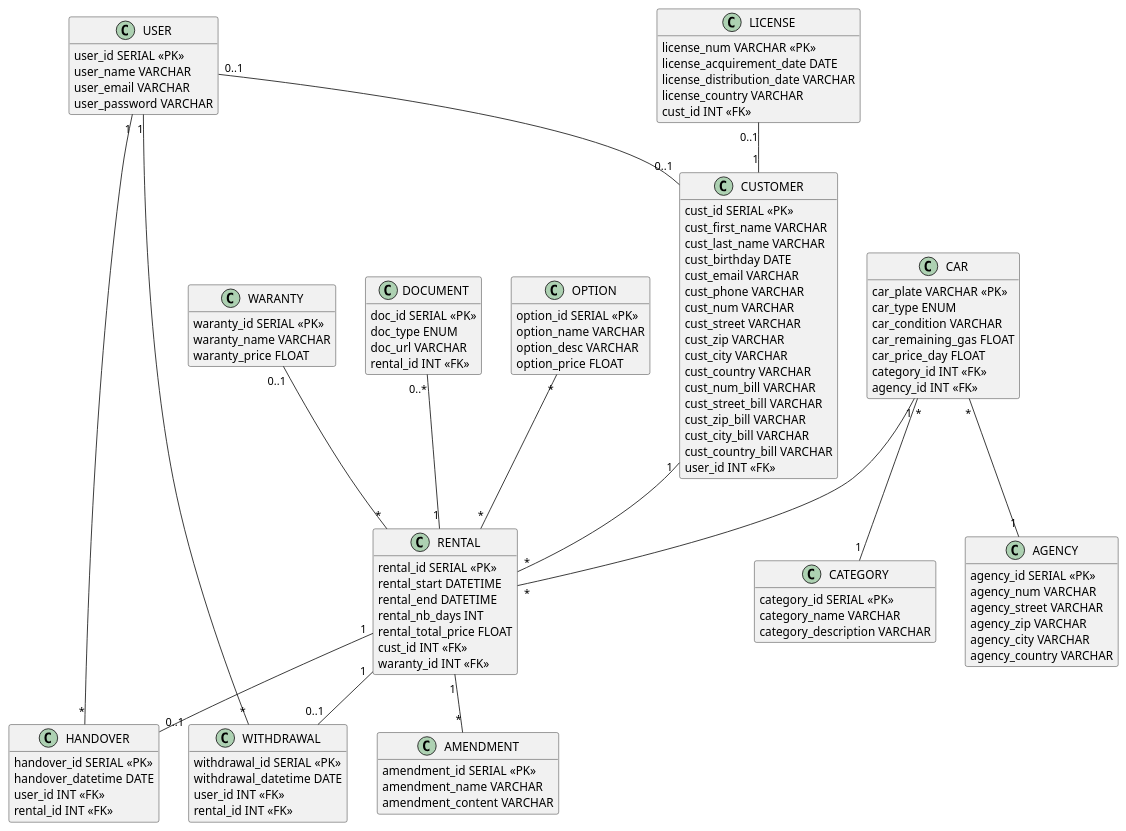
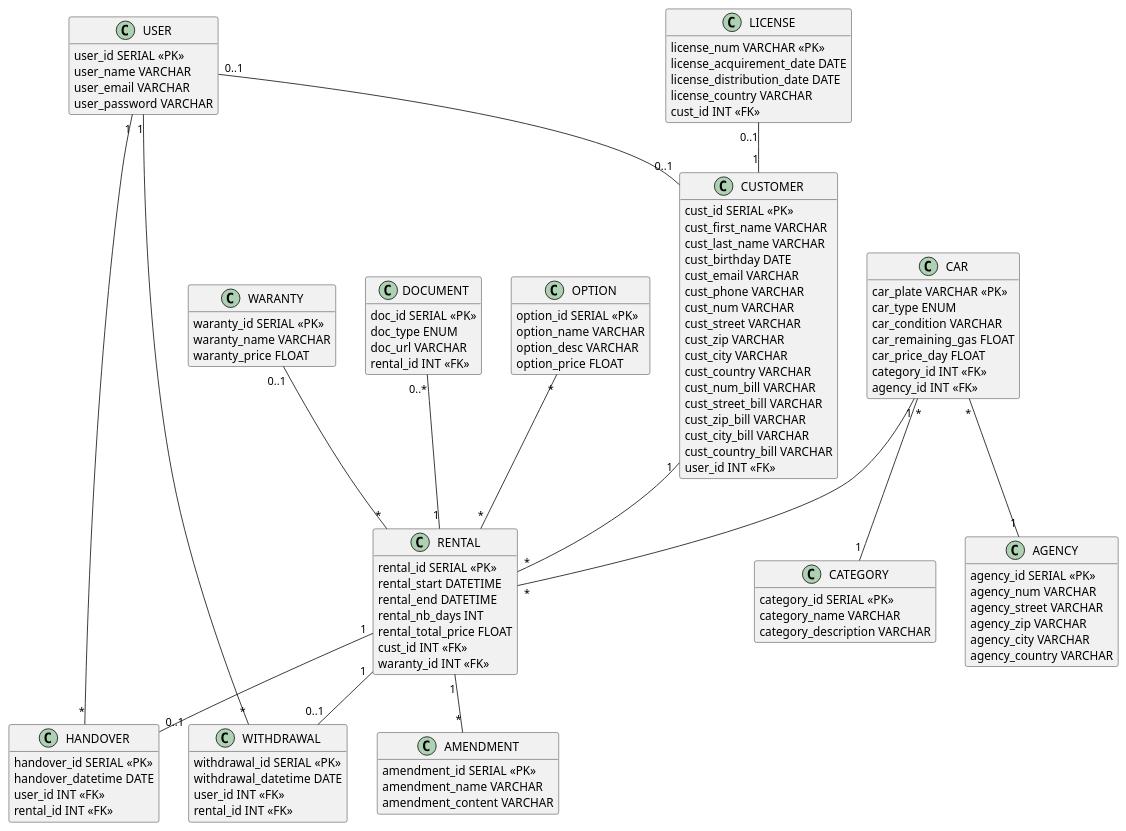
The diagram in diagram.puml (axelriv62/roulmapoul-api), drawn with PlantUML before and after one commit.

Commit message:
fix: VARCHAR changé en DATE pour la date de distribution du permis

```diff
--- a/diagram.puml
+++ b/diagram.puml
@@ -1,129 +1,129 @@
 @startuml
 hide empty members
 
 class USER {
     user_id SERIAL <<PK>>
     user_name VARCHAR
     user_email VARCHAR
     user_password VARCHAR
 }
 
 class CUSTOMER {
     cust_id SERIAL <<PK>>
     cust_first_name VARCHAR
     cust_last_name VARCHAR
     cust_birthday DATE
     cust_email VARCHAR
     cust_phone VARCHAR
     cust_num VARCHAR
     cust_street VARCHAR
     cust_zip VARCHAR
     cust_city VARCHAR
     cust_country VARCHAR
     cust_num_bill VARCHAR
     cust_street_bill VARCHAR
     cust_zip_bill VARCHAR
     cust_city_bill VARCHAR
     cust_country_bill VARCHAR
     user_id INT <<FK>>
 }
 
 class RENTAL {
     rental_id SERIAL <<PK>>
     rental_start DATETIME
     rental_end DATETIME
     rental_nb_days INT
     rental_total_price FLOAT
     cust_id INT <<FK>>
     waranty_id INT <<FK>>
 }
 
 class LICENSE {
     license_num VARCHAR <<PK>>
     license_acquirement_date DATE
-    license_distribution_date VARCHAR
+    license_distribution_date DATE
     license_country VARCHAR
     cust_id INT <<FK>>
 }
 
 class WARANTY {
     waranty_id SERIAL <<PK>>
     waranty_name VARCHAR
     waranty_price FLOAT
 }
 
 class AMENDMENT {
     amendment_id SERIAL <<PK>>
     amendment_name VARCHAR
     amendment_content VARCHAR
 }
 
 class DOCUMENT {
     doc_id SERIAL <<PK>>
     doc_type ENUM
     doc_url VARCHAR
     rental_id INT <<FK>>
 }
 
 class WITHDRAWAL {
     withdrawal_id SERIAL <<PK>>
     withdrawal_datetime DATE
     user_id INT <<FK>>
     rental_id INT <<FK>>
 }
 
 class HANDOVER {
     handover_id SERIAL <<PK>>
     handover_datetime DATE
     user_id INT <<FK>>
     rental_id INT <<FK>>
 }
 
 class CAR {
     car_plate VARCHAR <<PK>>
     car_type ENUM
     car_condition VARCHAR
     car_remaining_gas FLOAT
     car_price_day FLOAT
     category_id INT <<FK>>
     agency_id INT <<FK>>
 }
 
 class OPTION {
     option_id SERIAL <<PK>>
     option_name VARCHAR
     option_desc VARCHAR
     option_price FLOAT
 }
 
 class CATEGORY {
     category_id SERIAL <<PK>>
     category_name VARCHAR
     category_description VARCHAR
 }
 
 class AGENCY {
     agency_id SERIAL <<PK>>
     agency_num VARCHAR
     agency_street VARCHAR
     agency_zip VARCHAR
     agency_city VARCHAR
     agency_country VARCHAR
 }
 
 CAR "*" -- "1" AGENCY
 CAR "*" -- "1" CATEGORY
 CAR "1" -- "*" RENTAL
 RENTAL "1" -- "*" AMENDMENT
 RENTAL "1" -- "0..1" WITHDRAWAL
 WITHDRAWAL "*" -- "1" USER
 USER "0..1" -- "0..1" CUSTOMER
 LICENSE "0..1" -- "1" CUSTOMER
 WARANTY "0..1" -- "*" RENTAL
 OPTION "*" -- "*" RENTAL
 DOCUMENT "0..*" -- "1" RENTAL
 USER "1" -- "*" HANDOVER
 RENTAL "1" -- "0..1" HANDOVER
 CUSTOMER "1" -- "*" RENTAL
 
 @enduml
```
